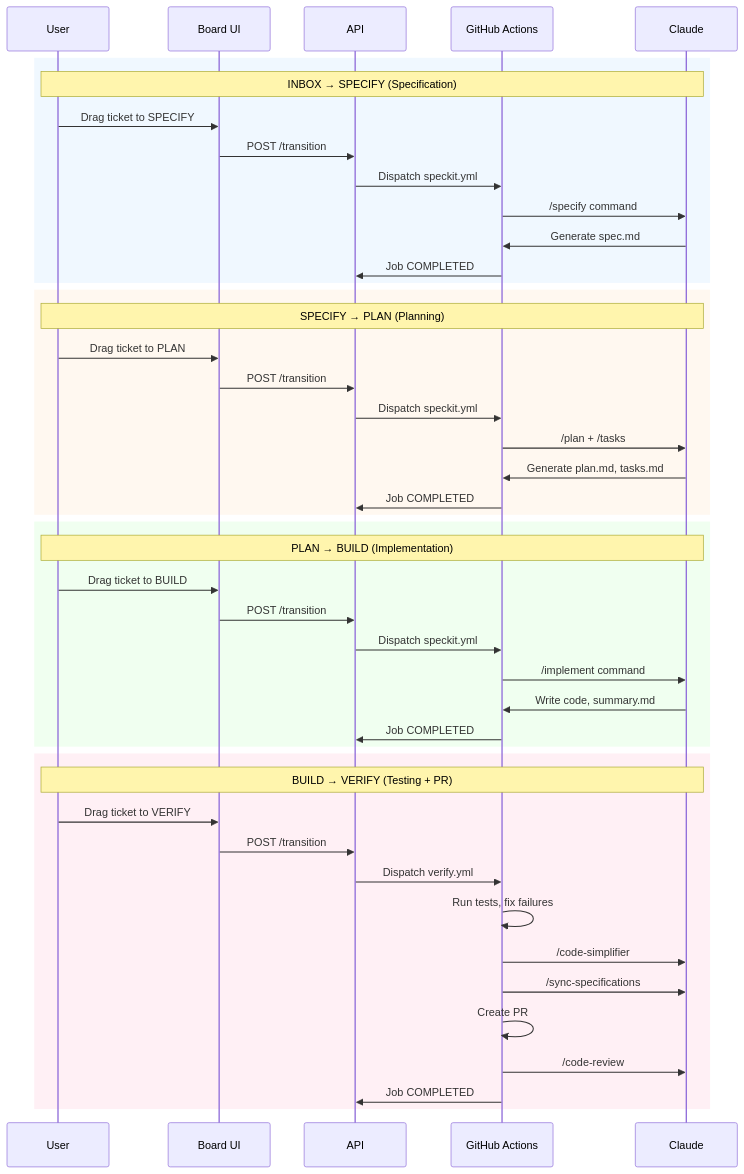
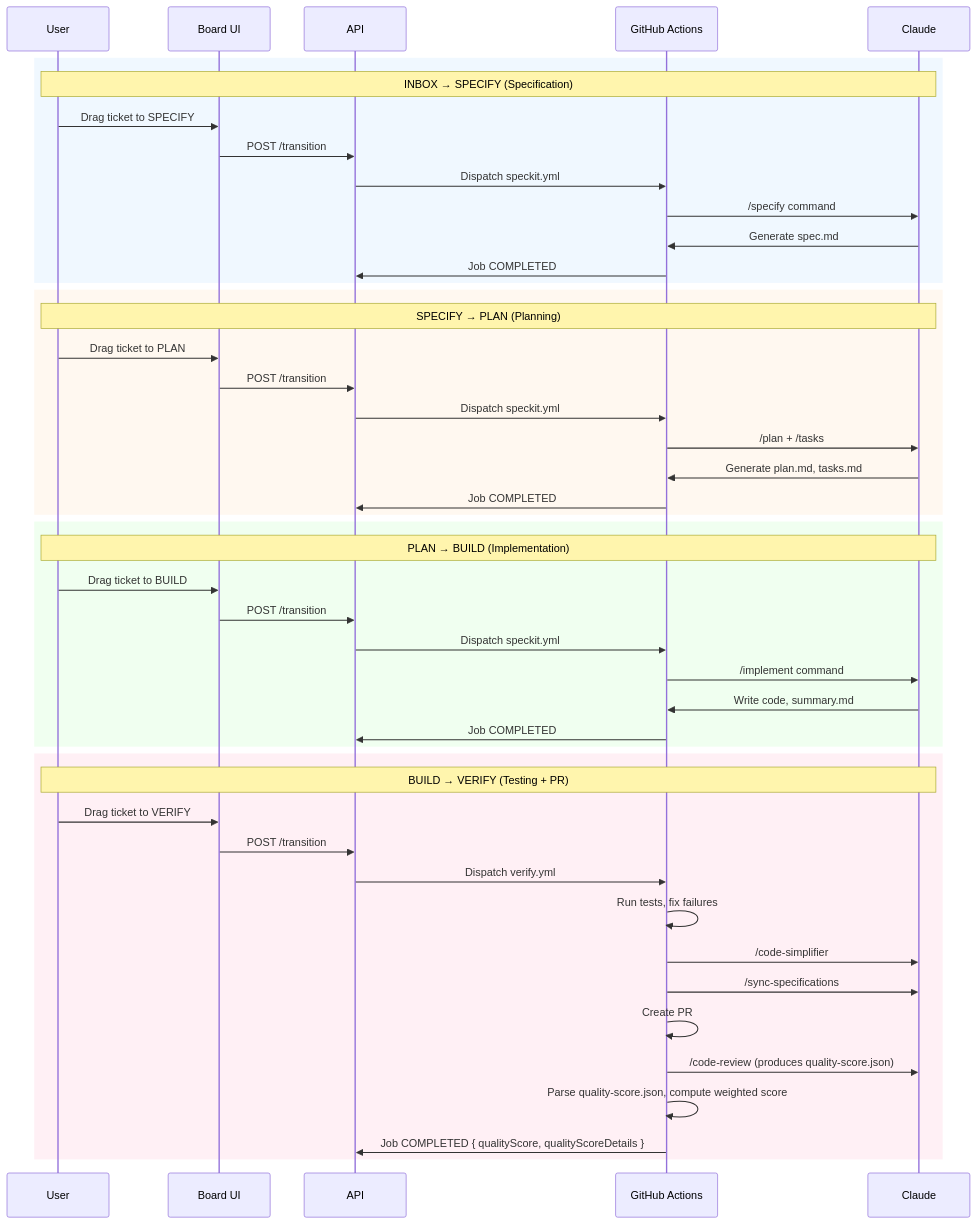
One commit to bfernandez31/ai-board changed the first of 5 diagrams in specs/specifications/functional/04-automation.md. Above: the diagram before and after it, drawn with Mermaid. The commit also changed other lines of this file and 5 other files, not shown here.

````diff
--- a/specs/specifications/functional/04-automation.md
+++ b/specs/specifications/functional/04-automation.md
@@ -9,51 +9,52 @@
 ```mermaid
 sequenceDiagram
     participant U as User
     participant UI as Board UI
     participant API as API
     participant GH as GitHub Actions
     participant AI as Claude
 
     rect rgb(240, 248, 255)
         Note over U,AI: INBOX → SPECIFY (Specification)
         U->>UI: Drag ticket to SPECIFY
         UI->>API: POST /transition
         API->>GH: Dispatch speckit.yml
         GH->>AI: /specify command
         AI->>GH: Generate spec.md
         GH->>API: Job COMPLETED
     end
 
     rect rgb(255, 248, 240)
         Note over U,AI: SPECIFY → PLAN (Planning)
         U->>UI: Drag ticket to PLAN
         UI->>API: POST /transition
         API->>GH: Dispatch speckit.yml
         GH->>AI: /plan + /tasks
         AI->>GH: Generate plan.md, tasks.md
         GH->>API: Job COMPLETED
     end
 
     rect rgb(240, 255, 240)
         Note over U,AI: PLAN → BUILD (Implementation)
         U->>UI: Drag ticket to BUILD
         UI->>API: POST /transition
         API->>GH: Dispatch speckit.yml
         GH->>AI: /implement command
         AI->>GH: Write code, summary.md
         GH->>API: Job COMPLETED
     end
 
     rect rgb(255, 240, 245)
         Note over U,AI: BUILD → VERIFY (Testing + PR)
         U->>UI: Drag ticket to VERIFY
         UI->>API: POST /transition
         API->>GH: Dispatch verify.yml
         GH->>GH: Run tests, fix failures
         GH->>AI: /code-simplifier
         GH->>AI: /sync-specifications
         GH->>GH: Create PR
-        GH->>AI: /code-review
-        GH->>API: Job COMPLETED
+        GH->>AI: /code-review (produces quality-score.json)
+        GH->>GH: Parse quality-score.json, compute weighted score
+        GH->>API: Job COMPLETED { qualityScore, qualityScoreDetails }
     end
 ```
````
